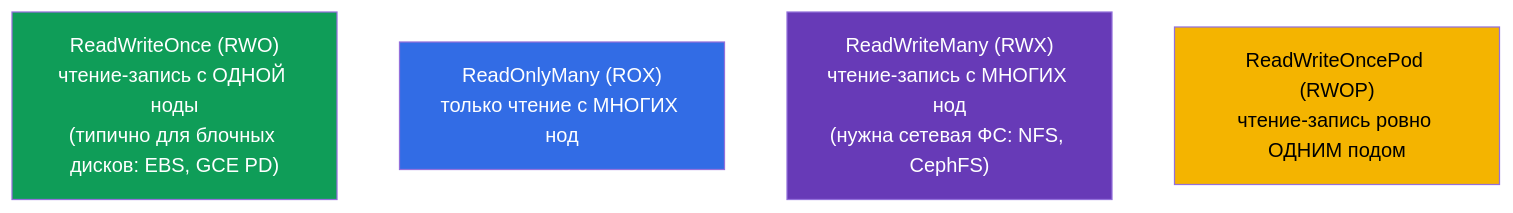
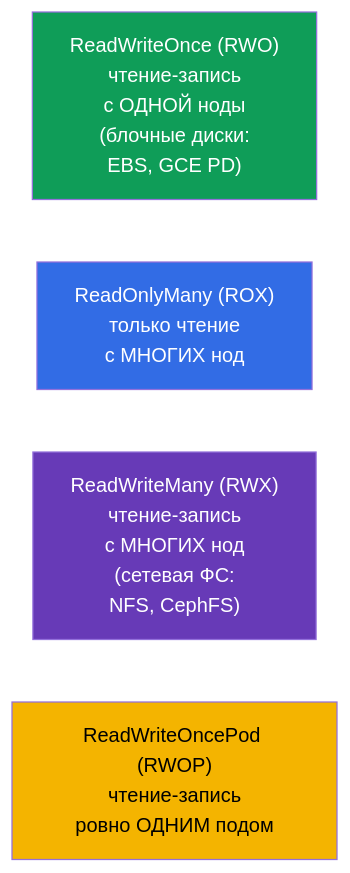
Before and after one commit to ViktorUJ/cks: the fourth of 5 diagrams in tasks/cka/course/25/ru.md, drawn with Mermaid. The commit also changed other lines of this file and 30 other files, not shown here.

````diff
--- a/tasks/cka/course/25/ru.md
+++ b/tasks/cka/course/25/ru.md
@@ -142,11 +136,12 @@
 ```mermaid
 flowchart TB
-    rwo["ReadWriteOnce (RWO)<br>чтение-запись с ОДНОЙ ноды<br>(типично для блочных дисков: EBS, GCE PD)"]
-    rox["ReadOnlyMany (ROX)<br>только чтение с МНОГИХ нод"]
-    rwx["ReadWriteMany (RWX)<br>чтение-запись с МНОГИХ нод<br>(нужна сетевая ФС: NFS, CephFS)"]
-    rwop["ReadWriteOncePod (RWOP)<br>чтение-запись ровно ОДНИМ подом"]
+    rwo["ReadWriteOnce (RWO)<br>чтение-запись<br>с ОДНОЙ ноды<br>(блочные диски:<br>EBS, GCE PD)"]
+    rox["ReadOnlyMany (ROX)<br>только чтение<br>с МНОГИХ нод"]
+    rwx["ReadWriteMany (RWX)<br>чтение-запись<br>с МНОГИХ нод<br>(сетевая ФС:<br>NFS, CephFS)"]
+    rwop["ReadWriteOncePod (RWOP)<br>чтение-запись<br>ровно ОДНИМ подом"]
+    rwo ~~~ rox ~~~ rwx ~~~ rwop
     style rwo fill:#0f9d58,color:#fff
     style rox fill:#326ce5,color:#fff
     style rwx fill:#673ab7,color:#fff
     style rwop fill:#f4b400,color:#000
 ```
````
